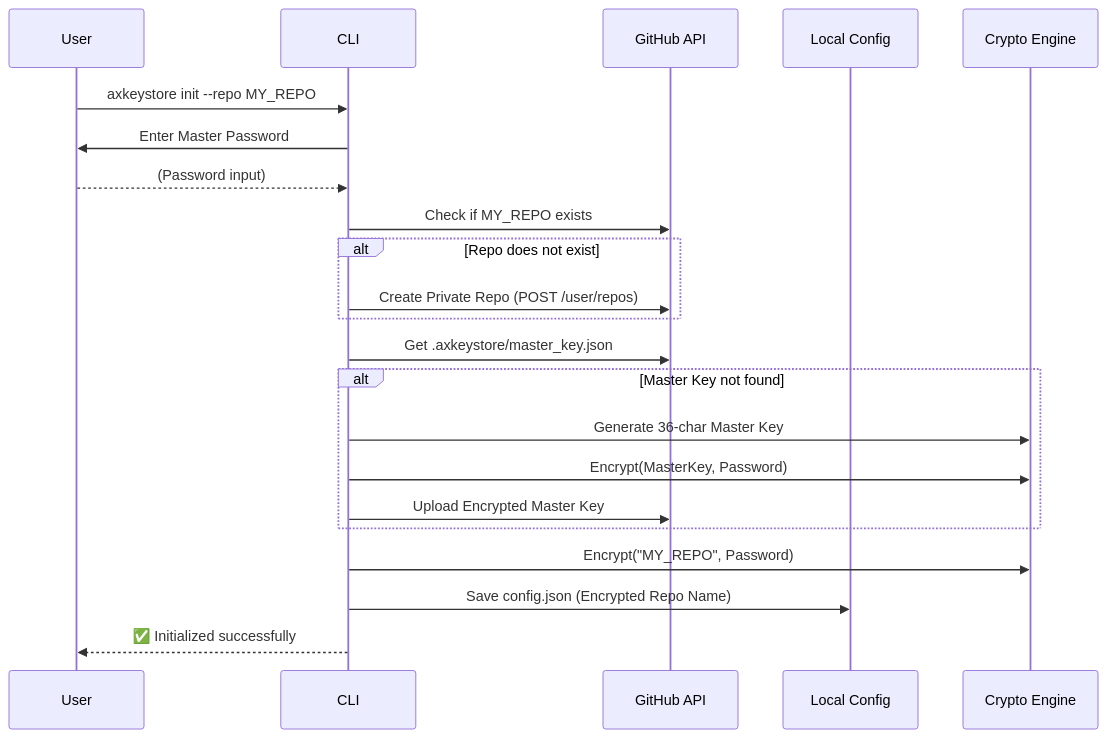
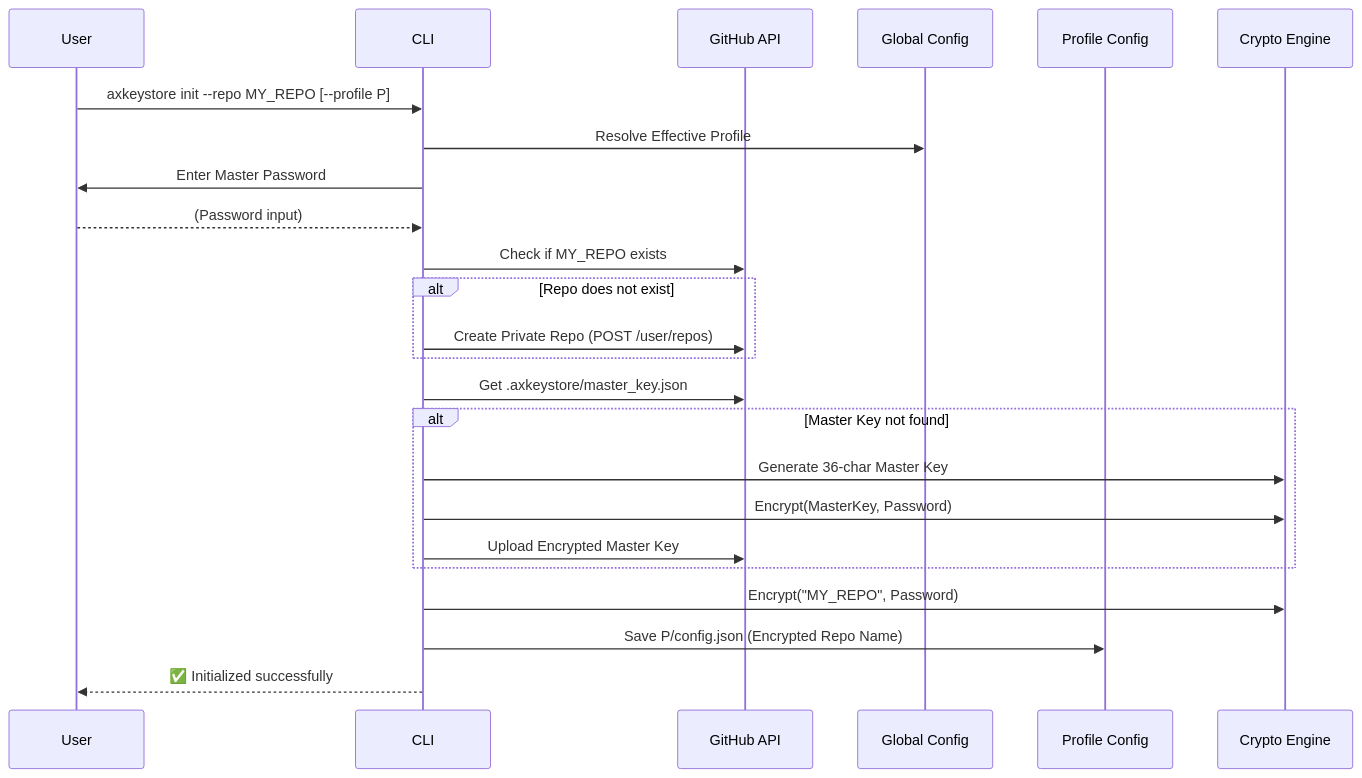
The second of 7 diagrams in README.md (basilgregory/axkeystore), drawn with Mermaid before and after one commit. The commit also changed other lines of this file and 5 other files, not shown here.

Commit message:
added muliple profile features. each profile can have own master password and repo.

````diff
--- a/README.md
+++ b/README.md
@@ -200,25 +248,27 @@
 ```mermaid
 sequenceDiagram
     participant U as User
     participant C as CLI
     participant G as GitHub API
-    participant LC as Local Config
+    participant GC as Global Config
+    participant PC as Profile Config
     participant CR as Crypto Engine
 
-    U->>C: axkeystore init --repo MY_REPO
+    U->>C: axkeystore init --repo MY_REPO [--profile P]
+    C->>GC: Resolve Effective Profile
     C->>U: Enter Master Password
     U-->>C: (Password input)
     C->>G: Check if MY_REPO exists
     alt Repo does not exist
         C->>G: Create Private Repo (POST /user/repos)
     end
     C->>G: Get .axkeystore/master_key.json
     alt Master Key not found
         C->>CR: Generate 36-char Master Key
         C->>CR: Encrypt(MasterKey, Password)
         C->>G: Upload Encrypted Master Key
     end
     C->>CR: Encrypt("MY_REPO", Password)
-    C->>LC: Save config.json (Encrypted Repo Name)
+    C->>PC: Save P/config.json (Encrypted Repo Name)
     C-->>U: ✅ Initialized successfully
 ```
````
